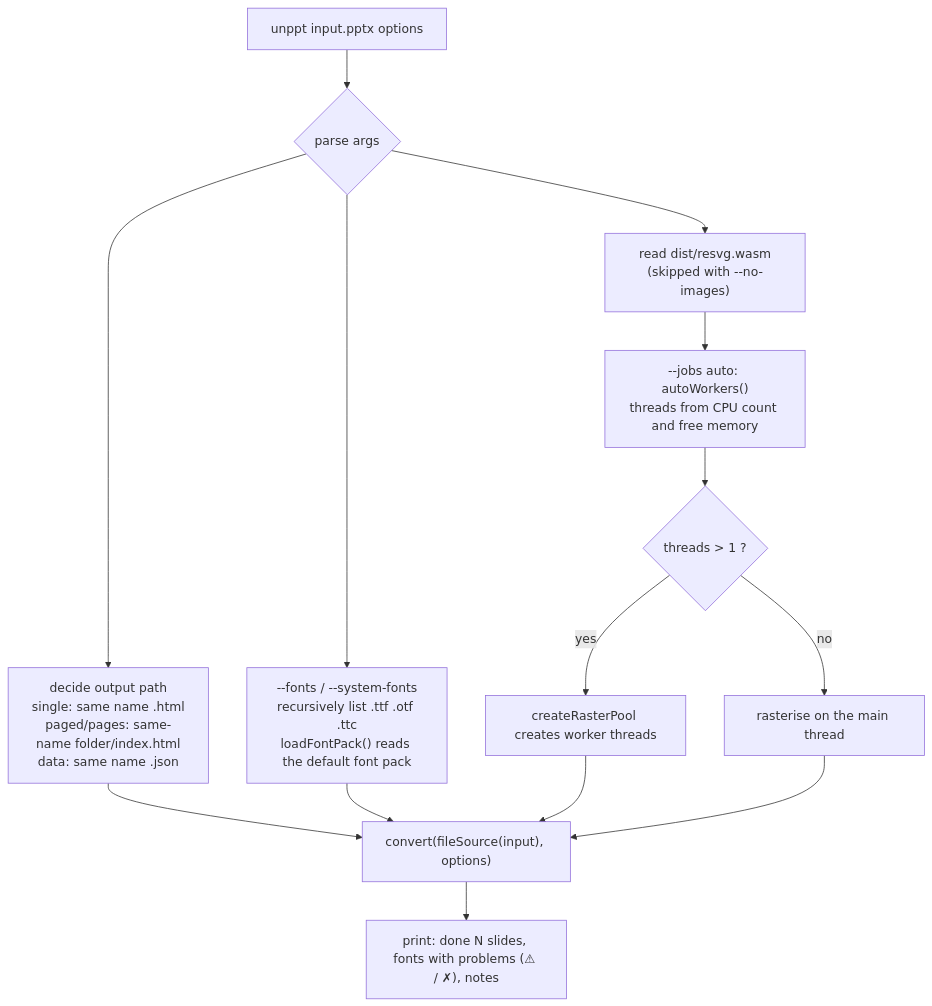
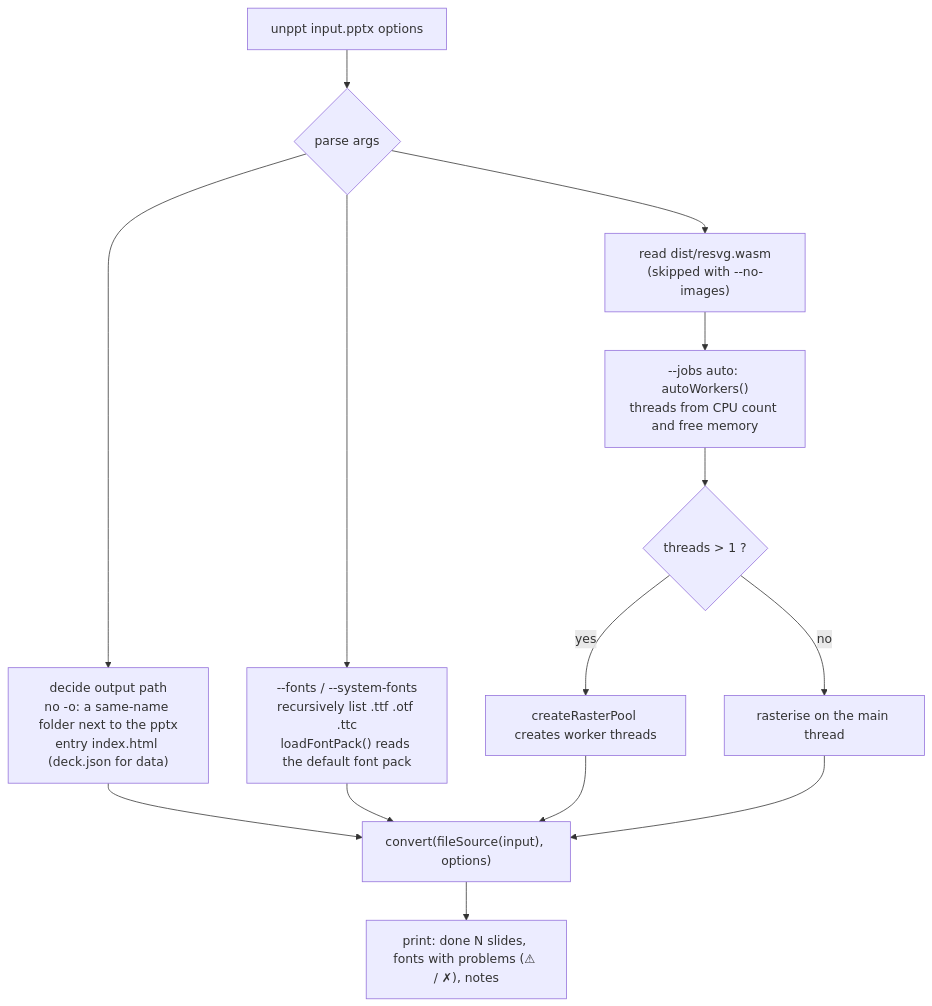
Before and after one commit to spitmaster/unppt: the fourth of 22 diagrams in docs/en/transcoding.md, drawn with Mermaid. The commit also changed other lines of this file and 1 other file, not shown here.

Commit message:
docs: 转码原理对照 0.3.1 代码更新——思源字体按缺字体替代（SPEC D3 ⑩）、可变字体取 Regular / Bold 实例、符号字体子集化前换 cmap、显示字形放进原字体格子；缩进 1/20 磅和"行首起点 + 行宽 + 右缩进"取整到 1/8 磅的断行规则、水平居中 anchorCtr（含表格单元格）、项目符号的新规则、人工加粗的颜料；图表文字字体 chart-fonts.ts、饼图最佳位置标签；公式 Fallback 图片正着铺；出图按能画全文字选字体；不写 -o 时的输出位置；效果数字换成 0.3.1

````diff
--- a/docs/en/transcoding.md
+++ b/docs/en/transcoding.md
@@ -211,13 +211,13 @@
 ```mermaid
 flowchart TD
   A["unppt input.pptx options"] --> B{"parse args"}
-  B --> C["decide output path<br/>single: same name .html<br/>paged/pages: same-name folder/index.html<br/>data: same name .json"]
+  B --> C["decide output path<br/>no -o: a same-name folder next to the pptx<br/>entry index.html (deck.json for data)"]
   B --> D["--fonts / --system-fonts<br/>recursively list .ttf .otf .ttc<br/>loadFontPack() reads the default font pack"]
   B --> E["read dist/resvg.wasm<br/>(skipped with --no-images)"]
   E --> F["--jobs auto: autoWorkers()<br/>threads from CPU count and free memory"]
   F --> G{"threads > 1 ?"}
   G -->|yes| H["createRasterPool creates worker threads"]
   G -->|no| I["rasterise on the main thread"]
   C & D & H & I --> J["convert(fileSource(input), options)"]
   J --> K["print: done N slides, fonts with problems (⚠ / ✗), notes"]
 ```
````
